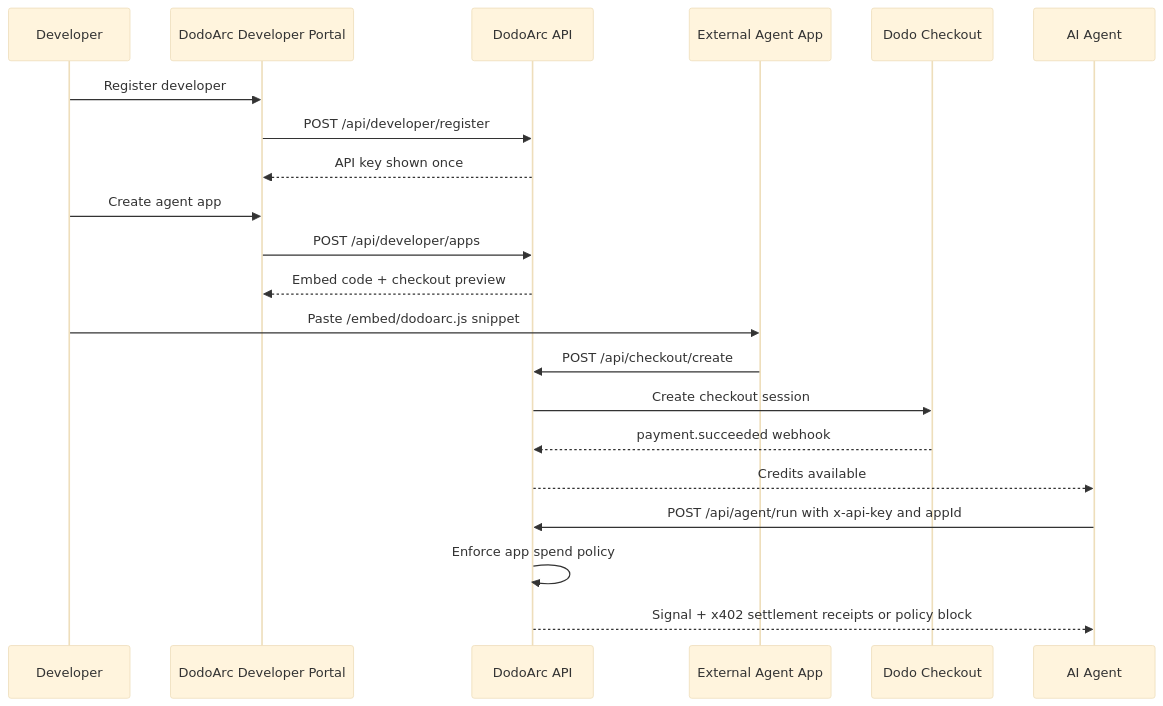
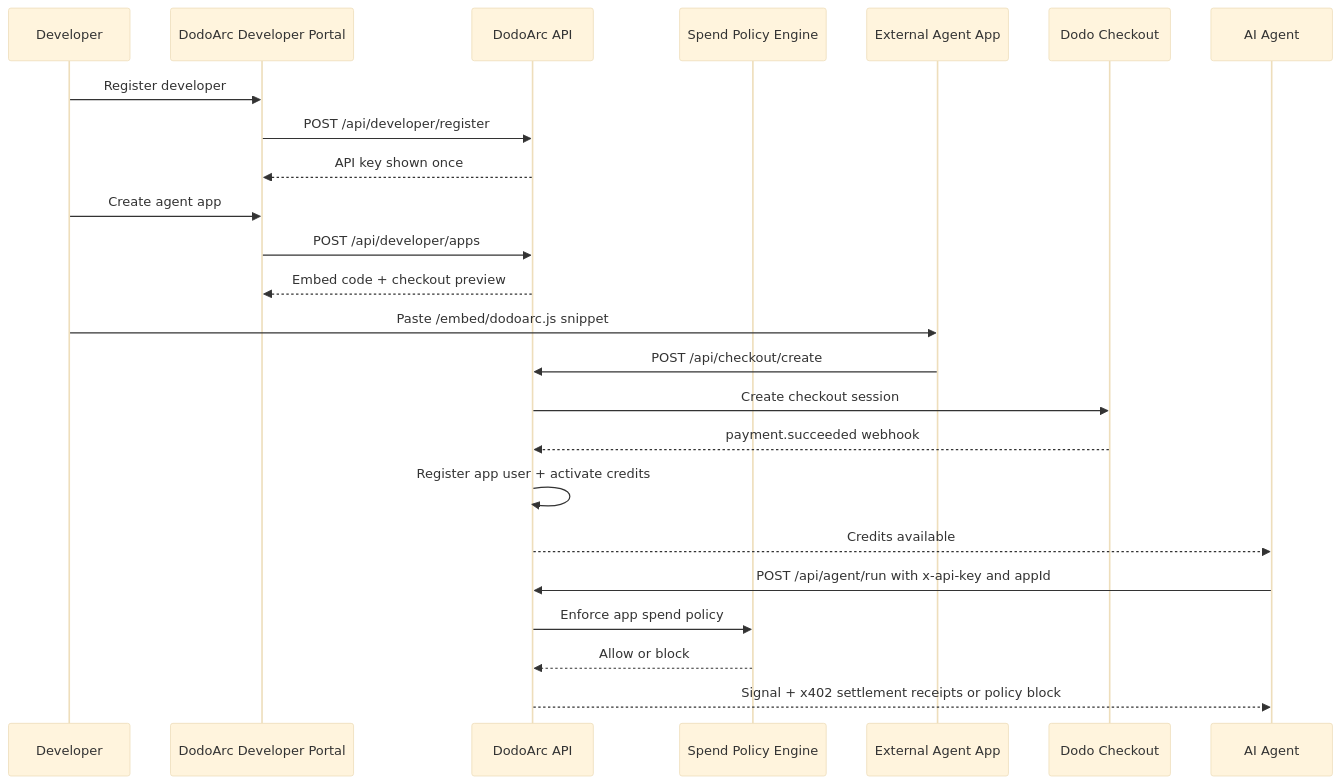
Before and after one commit to ShivamSoni20/DodoArc: the third of 5 diagrams in README.md, drawn with Mermaid (base theme). The commit also changed other lines of this file and 6 other files, not shown here.

Commit message:
Polish milestone 7 demo flows and docs

````diff
--- a/README.md
+++ b/README.md
@@ -229,24 +242,27 @@
 ```mermaid
 sequenceDiagram
     participant Dev as Developer
     participant Portal as DodoArc Developer Portal
     participant API as DodoArc API
+    participant Policy as Spend Policy Engine
     participant Site as External Agent App
     participant Dodo as Dodo Checkout
     participant Agent as AI Agent
 
     Dev->>Portal: Register developer
     Portal->>API: POST /api/developer/register
     API-->>Portal: API key shown once
     Dev->>Portal: Create agent app
     Portal->>API: POST /api/developer/apps
     API-->>Portal: Embed code + checkout preview
     Dev->>Site: Paste /embed/dodoarc.js snippet
     Site->>API: POST /api/checkout/create
     API->>Dodo: Create checkout session
     Dodo-->>API: payment.succeeded webhook
+    API->>API: Register app user + activate credits
     API-->>Agent: Credits available
     Agent->>API: POST /api/agent/run with x-api-key and appId
-    API->>API: Enforce app spend policy
+    API->>Policy: Enforce app spend policy
+    Policy-->>API: Allow or block
     API-->>Agent: Signal + x402 settlement receipts or policy block
 ```
````
